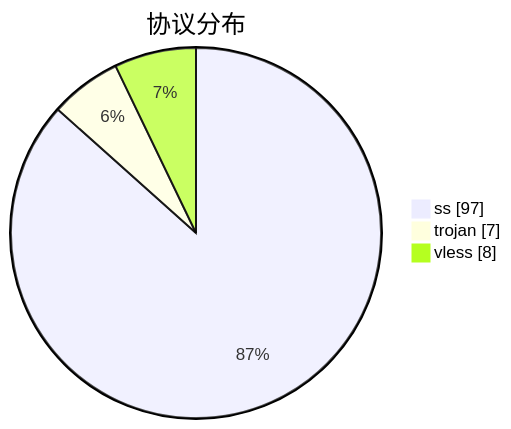
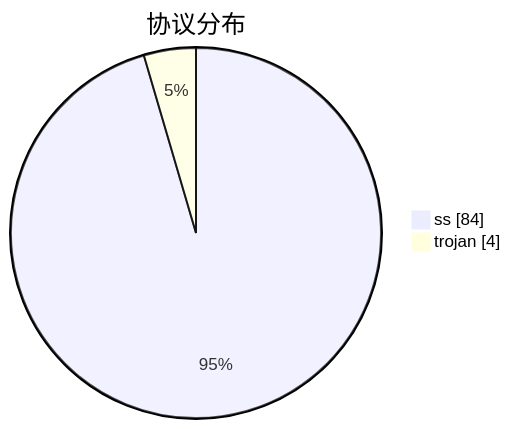
The third of 3 diagrams in subs/statistics/tested_within.md (qjlxg/airport), drawn with Mermaid before and after one commit. The commit also changed other lines of this file and 2 other files, not shown here.

````diff
--- a/subs/statistics/tested_within.md
+++ b/subs/statistics/tested_within.md
@@ -32,7 +25,6 @@
 ```mermaid
 pie showData
 title 协议分布
-"ss" : 97
-"trojan" : 7
-"vless" : 8
+"ss" : 84
+"trojan" : 4
 ```
````
